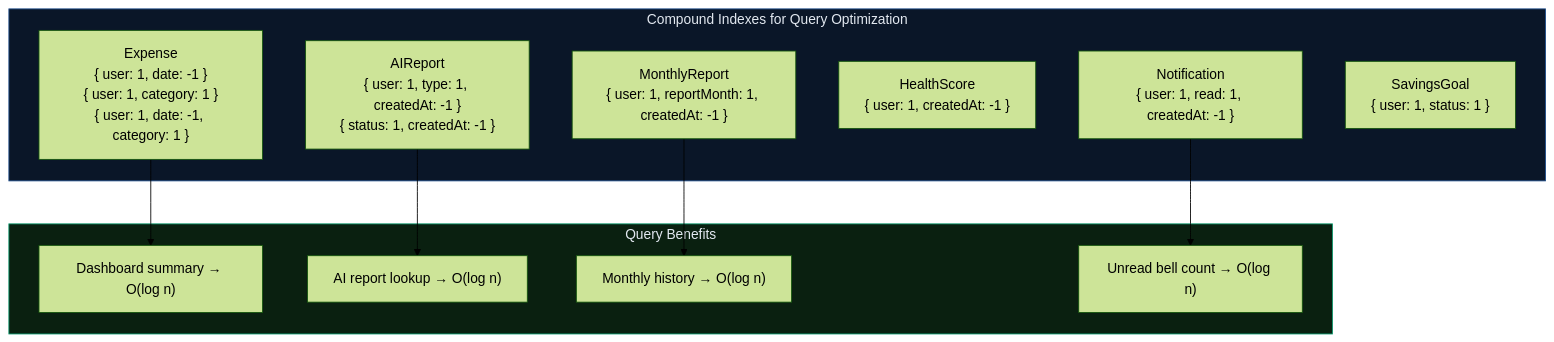
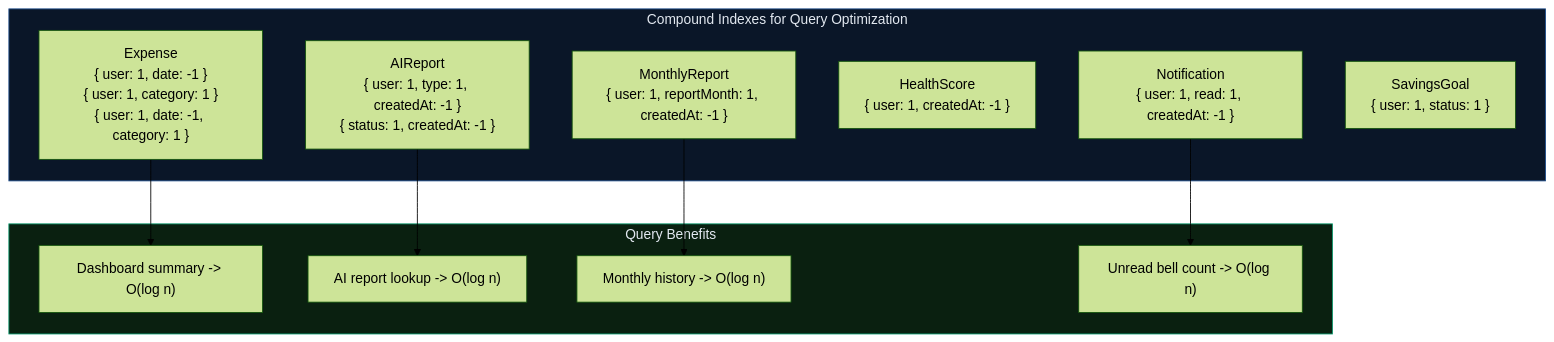
One commit to mjjaiavinash/Multi-Agent-Personal-Finance-Companion changed the seventh of 20 diagrams in ARCHITECTURE.md. Above: the diagram before and after it, drawn with Mermaid (forest theme). The commit also changed other lines of this file and 2 other files, not shown here.

Commit message:
Remove emojis from README, PRESENTATION, and ARCHITECTURE documentation

````diff
--- a/ARCHITECTURE.md
+++ b/ARCHITECTURE.md
@@ -379,26 +379,26 @@
 ```mermaid
 graph TD
     subgraph IDX["Compound Indexes for Query Optimization"]
         I1["Expense\n{ user: 1, date: -1 }\n{ user: 1, category: 1 }\n{ user: 1, date: -1, category: 1 }"]
         I2["AIReport\n{ user: 1, type: 1, createdAt: -1 }\n{ status: 1, createdAt: -1 }"]
         I3["MonthlyReport\n{ user: 1, reportMonth: 1, createdAt: -1 }"]
         I4["HealthScore\n{ user: 1, createdAt: -1 }"]
         I5["Notification\n{ user: 1, read: 1, createdAt: -1 }"]
         I6["SavingsGoal\n{ user: 1, status: 1 }"]
     end
 
     subgraph BENEFIT["Query Benefits"]
-        B1["Dashboard summary → O(log n)"]
-        B2["AI report lookup → O(log n)"]
-        B3["Monthly history → O(log n)"]
-        B4["Unread bell count → O(log n)"]
+        B1["Dashboard summary -> O(log n)"]
+        B2["AI report lookup -> O(log n)"]
+        B3["Monthly history -> O(log n)"]
+        B4["Unread bell count -> O(log n)"]
     end
 
     I1 --> B1
     I2 --> B2
     I3 --> B3
     I5 --> B4
 
     style IDX fill:#0a1628,stroke:#1e4d8c,color:#e2e8f0
     style BENEFIT fill:#0a2010,stroke:#059669,color:#e2e8f0
 ```
````
